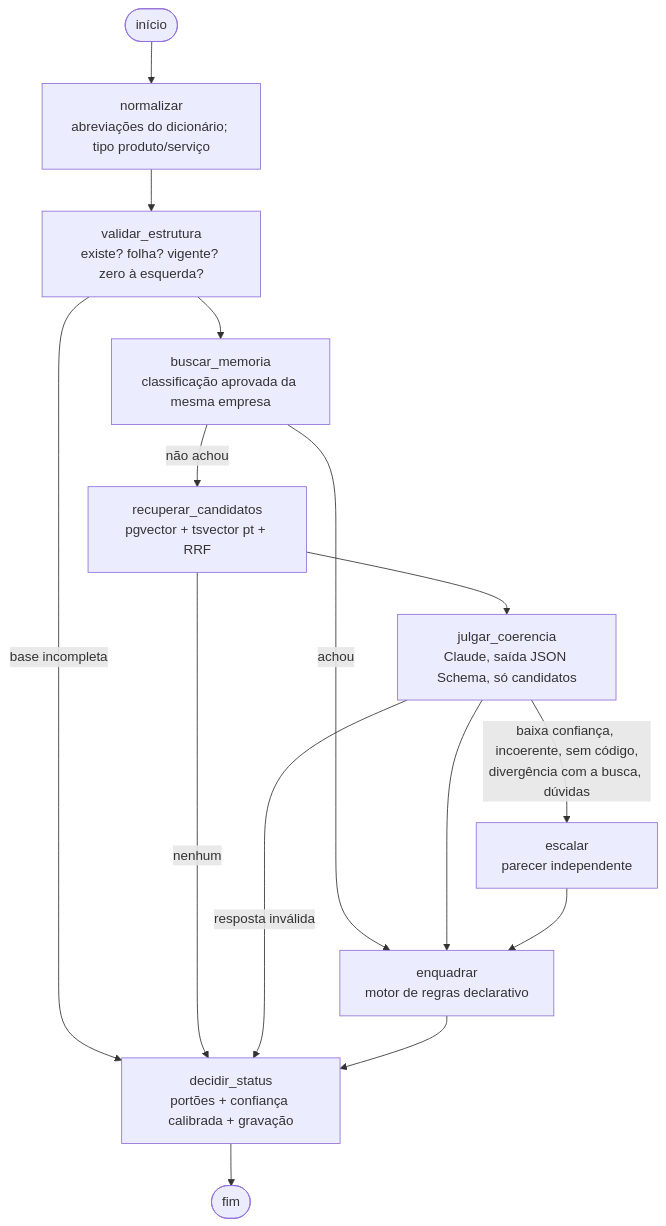
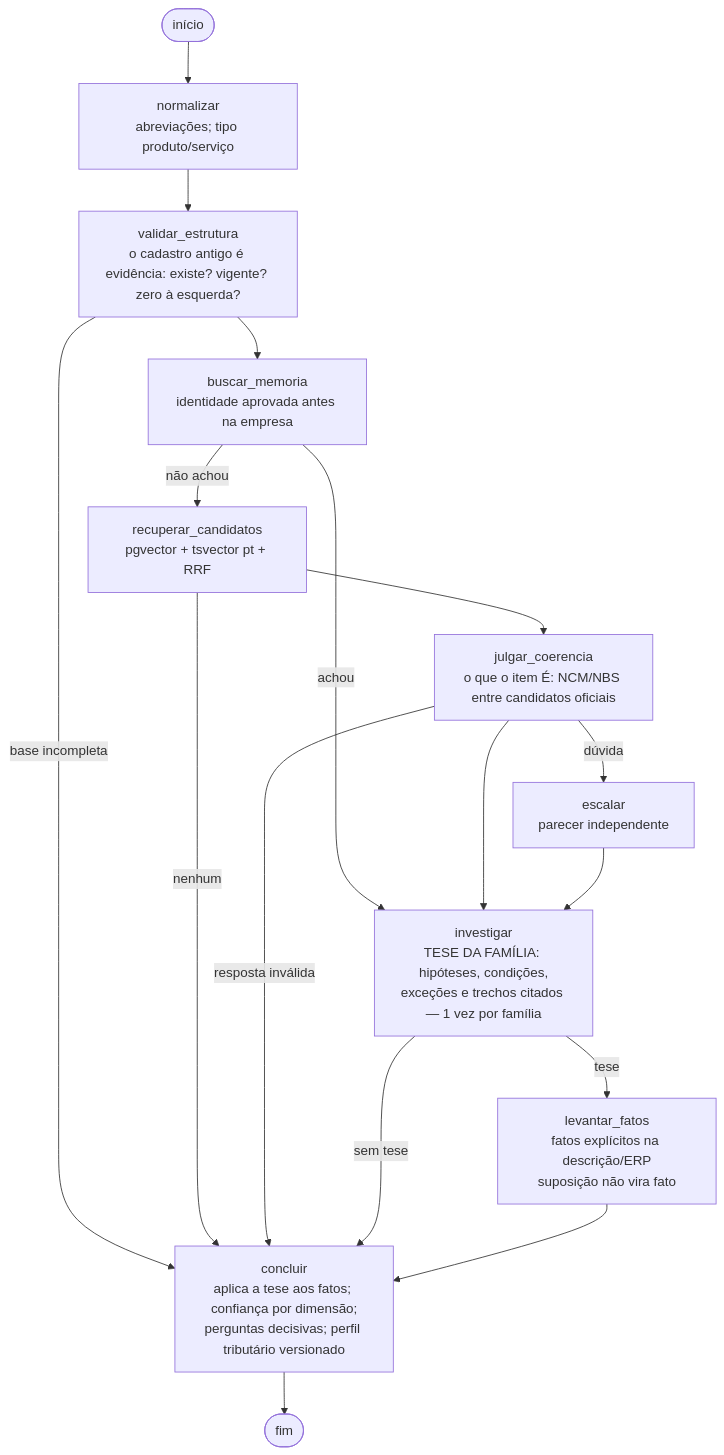
One commit to leopbar/reformaTribu changed the second of 3 diagrams in docs/arquitetura.md. Above: the diagram before and after it, drawn with Mermaid. The commit also changed other lines of this file and 93 other files, not shown here.

First line of the commit message:
Analista fiscal digital: investigação da lei por família, fatos e perguntas decisivas

````diff
--- a/docs/arquitetura.md
+++ b/docs/arquitetura.md
@@ -47,17 +51,19 @@
 ```mermaid
 flowchart TD
-  S([início]) --> N[normalizar<br/>abreviações do dicionário; tipo produto/serviço]
-  N --> V[validar_estrutura<br/>existe? folha? vigente? zero à esquerda?]
-  V -- base incompleta --> D
-  V --> M[buscar_memoria<br/>classificação aprovada da mesma empresa]
-  M -- achou --> E
+  S([início]) --> N[normalizar<br/>abreviações; tipo produto/serviço]
+  N --> V[validar_estrutura<br/>o cadastro antigo é evidência: existe? vigente? zero à esquerda?]
+  V -- base incompleta --> C
+  V --> M[buscar_memoria<br/>identidade aprovada antes na empresa]
+  M -- achou --> I
   M -- não achou --> R[recuperar_candidatos<br/>pgvector + tsvector pt + RRF]
-  R -- nenhum --> D
-  R --> J[julgar_coerencia<br/>Claude, saída JSON Schema, só candidatos]
-  J -- resposta inválida --> D
-  J -- baixa confiança, incoerente, sem código,<br/>divergência com a busca, dúvidas --> X[escalar<br/>parecer independente]
-  J --> E
-  X --> E[enquadrar<br/>motor de regras declarativo]
-  E --> D[decidir_status<br/>portões + confiança calibrada + gravação]
-  D --> F([fim])
+  R -- nenhum --> C
+  R --> J[julgar_coerencia<br/>o que o item É: NCM/NBS entre candidatos oficiais]
+  J -- resposta inválida --> C
+  J -- dúvida --> X[escalar<br/>parecer independente]
+  J --> I
+  X --> I[investigar<br/>TESE DA FAMÍLIA: hipóteses, condições,<br/>exceções e trechos citados — 1 vez por família]
+  I -- tese --> L[levantar_fatos<br/>fatos explícitos na descrição/ERP<br/>suposição não vira fato]
+  I -- sem tese --> C
+  L --> C[concluir<br/>aplica a tese aos fatos; confiança por dimensão;<br/>perguntas decisivas; perfil tributário versionado]
+  C --> F([fim])
 ```
````
